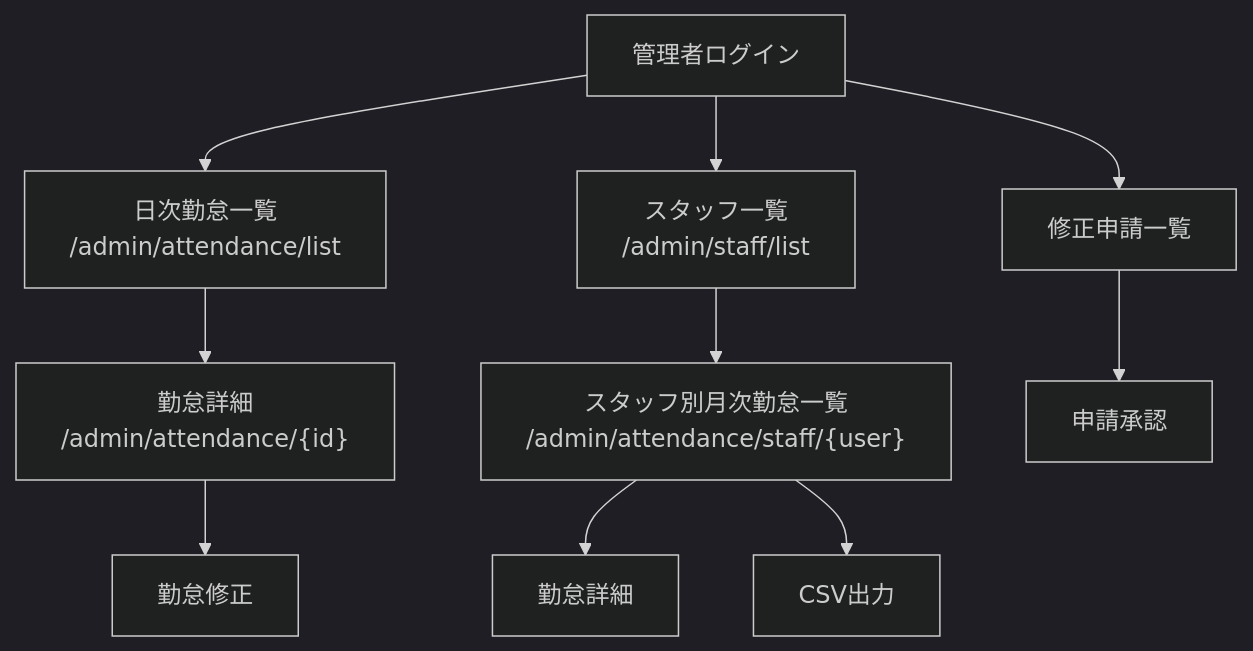
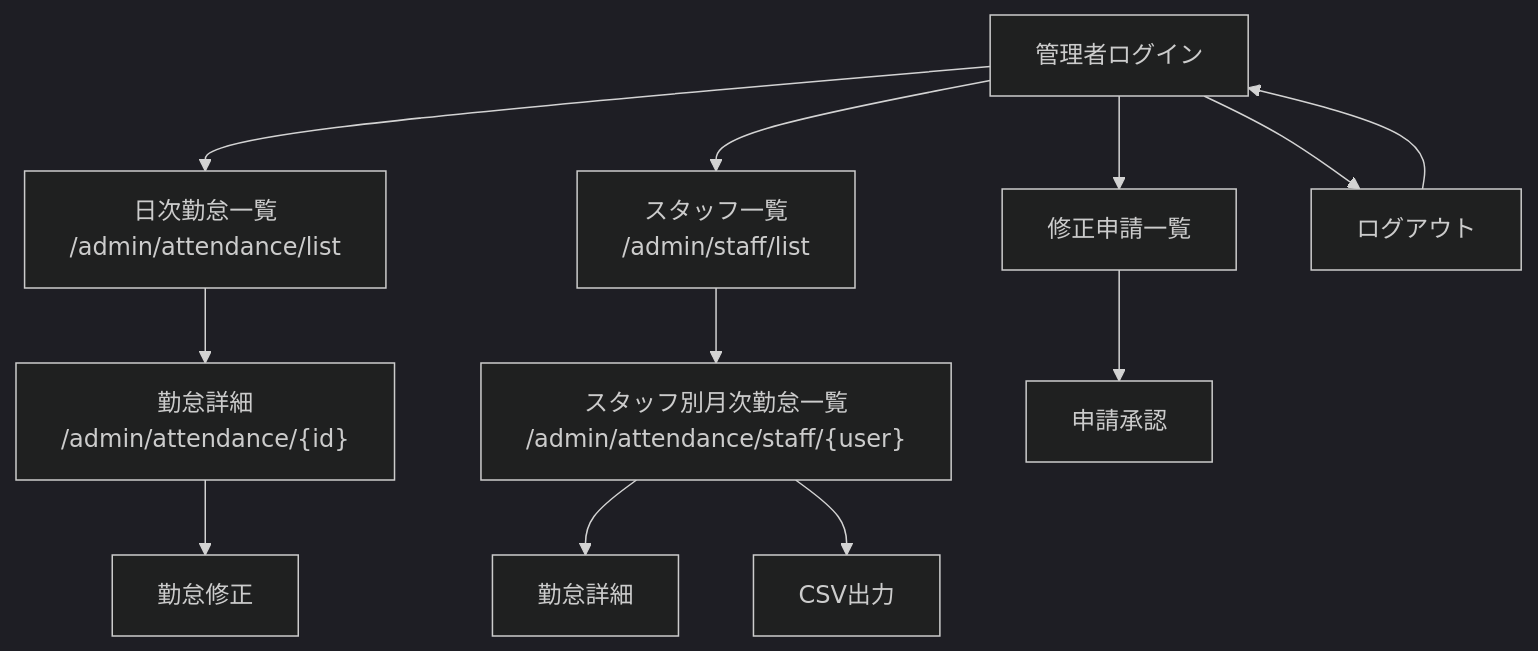
The second of 2 diagrams in docs/screen-transition.md (aridome-sashizume/attendance-app), drawn with Mermaid (dark theme) before and after one commit. The commit also changed other lines of this file, not shown here.

````diff
--- a/docs/screen-transition.md
+++ b/docs/screen-transition.md
@@ -25,22 +26,21 @@
 ```mermaid
 flowchart TD
 
 A["管理者ログイン"]
 --> B["日次勤怠一覧<br>/admin/attendance/list"]
 
 B --> C["勤怠詳細<br>/admin/attendance/{id}"]
-
 C --> D["勤怠修正"]
 
 A --> E["スタッフ一覧<br>/admin/staff/list"]
-
 E --> F["スタッフ別月次勤怠一覧<br>/admin/attendance/staff/{user}"]
 
 F --> G["勤怠詳細"]
-
 F --> H["CSV出力"]
 
 A --> I["修正申請一覧"]
+I --> J["申請承認"]
 
-I --> J["申請承認"]
+A --> K["ログアウト"]
+K --> A
 ```
````
